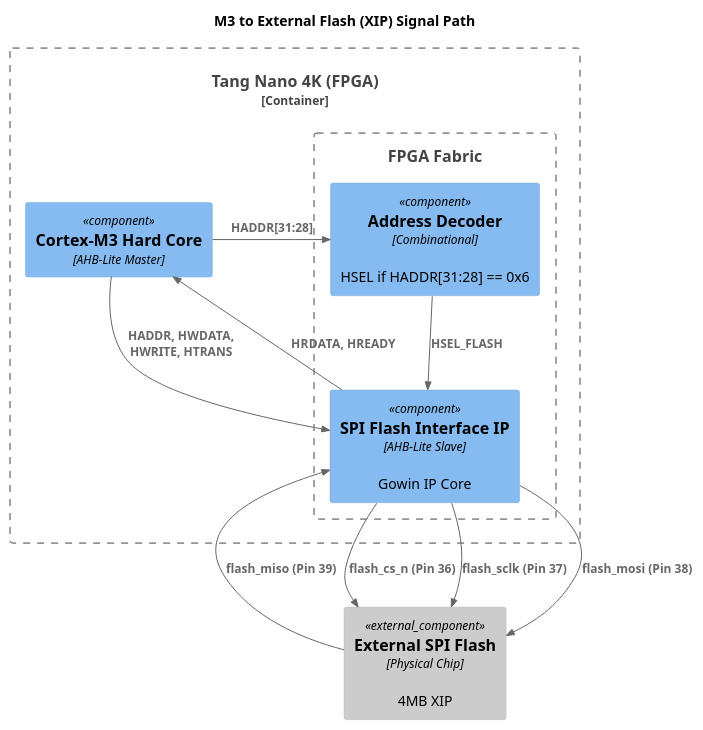
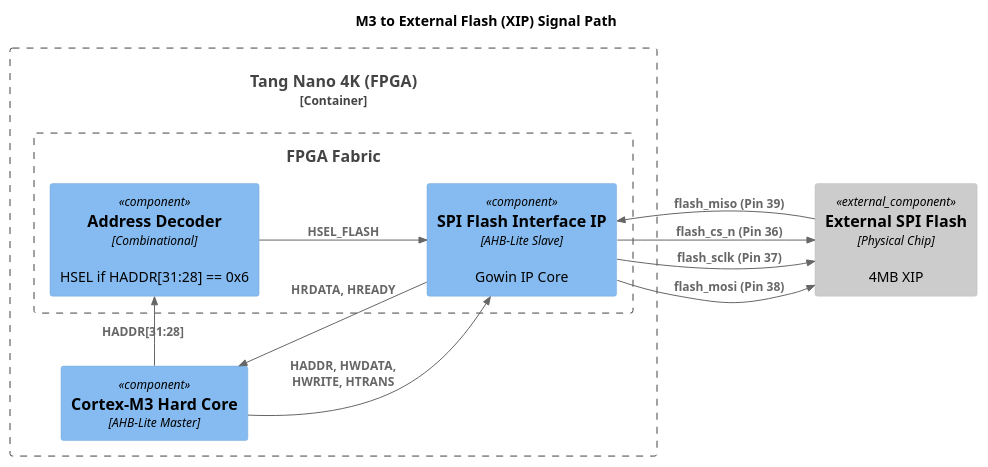
Before and after one commit to chatelao/micropython-tang-nano: the diagram in examples/m3_baremetal/m3_ext_flash_boot/docs/flash_xip_signals.puml, drawn with PlantUML. The commit also changed 2 other files, not shown here.

Commit message:
docs: fix PlantUML diagrams include and layout
- Update legacy `plantuml-office` include URLs to `plantuml-stdlib` in `flash_xip_signals.puml` and `m3_subsystem.puml`.
- Add `LAYOUT_LEFT_RIGHT()` to `flash_xip_signals.puml` and `architecture.puml` for horizontal orientation.
- Ensure consistency with project architectural standards for all M3 bare-metal examples.

```diff
--- a/examples/m3_baremetal/m3_ext_flash_boot/docs/flash_xip_signals.puml
+++ b/examples/m3_baremetal/m3_ext_flash_boot/docs/flash_xip_signals.puml
@@ -1,27 +1,29 @@
 @startuml flash_xip_signals
-!include https://raw.githubusercontent.com/plantuml-office/C4-PlantUML/master/C4_Component.puml
+!include https://raw.githubusercontent.com/plantuml-stdlib/C4-PlantUML/master/C4_Component.puml
+
+LAYOUT_LEFT_RIGHT()
 
 title M3 to External Flash (XIP) Signal Path
 
 Container_Boundary(fpga, "Tang Nano 4K (FPGA)") {
     Component(m3, "Cortex-M3 Hard Core", "AHB-Lite Master")
 
     Boundary(logic, "FPGA Fabric") {
         Component(decoder, "Address Decoder", "Combinational", "HSEL if HADDR[31:28] == 0x6")
         Component(flash_ctrl, "SPI Flash Interface IP", "AHB-Lite Slave", "Gowin IP Core")
 
         Rel(m3, decoder, "HADDR[31:28]")
         Rel(m3, flash_ctrl, "HADDR, HWDATA, HWRITE, HTRANS")
         Rel(decoder, flash_ctrl, "HSEL_FLASH")
         Rel(flash_ctrl, m3, "HRDATA, HREADY")
     }
 }
 
 Component_Ext(ext_flash, "External SPI Flash", "Physical Chip", "4MB XIP")
 
 Rel(flash_ctrl, ext_flash, "flash_cs_n (Pin 36)")
 Rel(flash_ctrl, ext_flash, "flash_sclk (Pin 37)")
 Rel(flash_ctrl, ext_flash, "flash_mosi (Pin 38)")
 Rel(ext_flash, flash_ctrl, "flash_miso (Pin 39)")
 
 @enduml
```
